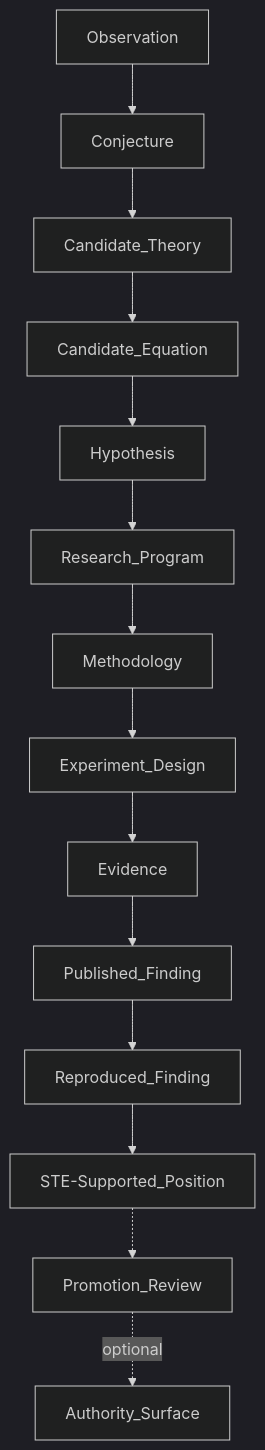
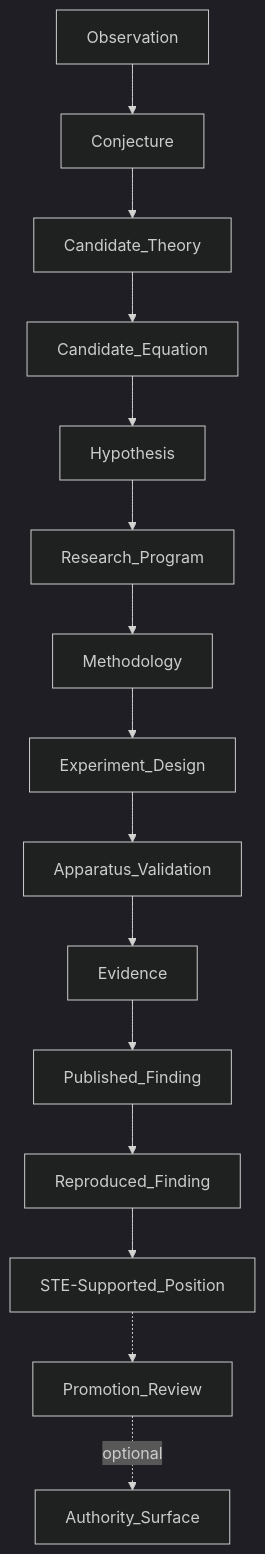
Before and after one commit to egallmann/ste-handbook: the diagram in 14-research/14-02-research-lifecycle.md, drawn with Mermaid (dark theme). The commit also changed other lines of this file and 3 other files, not shown here.

Commit message:
Clarify apparatus validation in research doctrine

````diff
--- a/14-research/14-02-research-lifecycle.md
+++ b/14-research/14-02-research-lifecycle.md
@@ -27,16 +27,17 @@
 ```mermaid
 flowchart TD
   Observation --> Conjecture
   Conjecture --> CandidateTheory[Candidate_Theory]
   CandidateTheory --> CandidateEquation[Candidate_Equation]
   CandidateEquation --> Hypothesis
   Hypothesis --> ResearchProgram[Research_Program]
   ResearchProgram --> Methodology
   Methodology --> StudyDesign[Experiment_Design]
-  StudyDesign --> Evidence
+  StudyDesign --> ApparatusValidation[Apparatus_Validation]
+  ApparatusValidation --> Evidence
   Evidence --> PublishedFinding[Published_Finding]
   PublishedFinding --> ReproducedFinding[Reproduced_Finding]
   ReproducedFinding --> STESupported[STE-Supported_Position]
   STESupported -.-> PromotionReview[Promotion_Review]
   PromotionReview -. optional .-> Authority[Authority_Surface]
 ```
````
